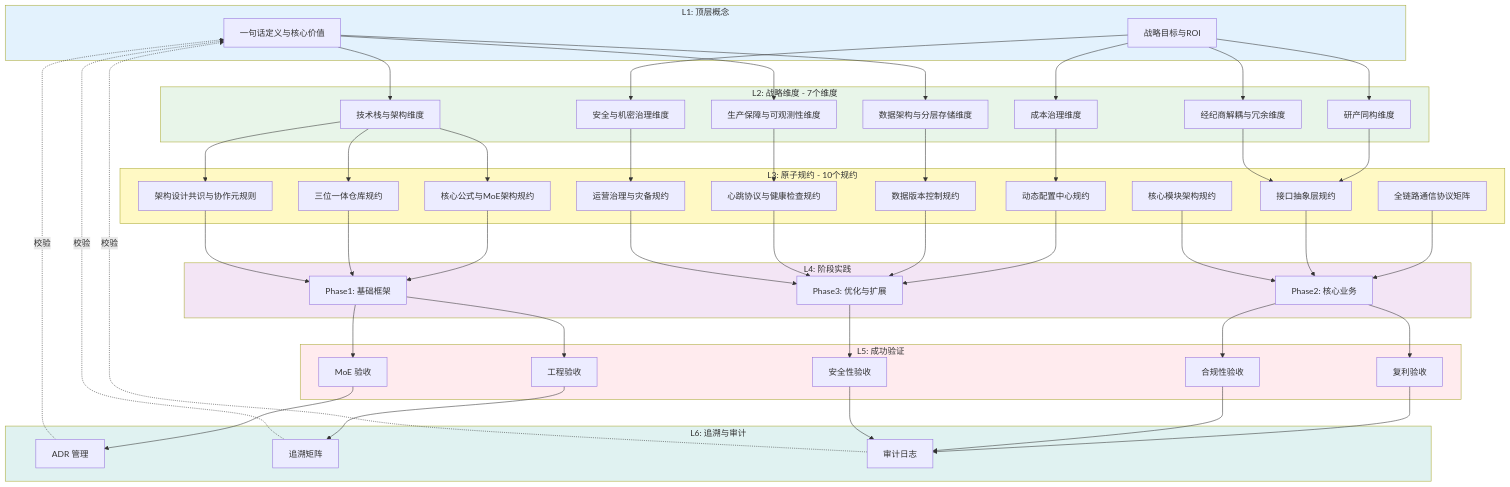
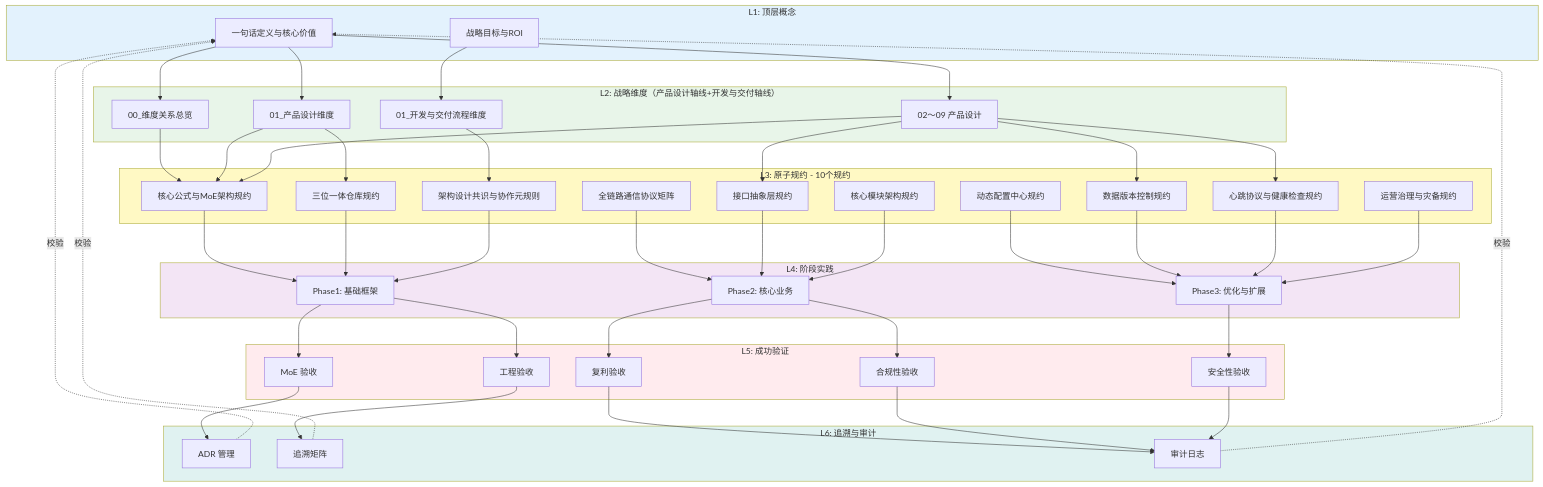
Before and after one commit to myxxhui/diting-doc: the first of 8 diagrams in 00_架构全景图.md, drawn with Mermaid. The commit also changed other lines of this file and 39 other files, not shown here.

```diff
--- a/00_架构全景图.md
+++ b/00_架构全景图.md
@@ -19,14 +19,11 @@
         L1B[战略目标与ROI]
     end
     
-    subgraph L2[L2: 战略维度 - 7个维度]
-        L2A[技术栈与架构维度]
-        L2B[数据架构与分层存储维度]
-        L2C[生产保障与可观测性维度]
-        L2D[安全与机密治理维度]
-        L2E[研产同构维度]
-        L2F[成本治理维度]
-        L2G[经纪商解耦与冗余维度]
+    subgraph L2[L2: 战略维度（产品设计轴线+开发与交付轴线）]
+        L2A[00_维度关系总览]
+        L2B[01_产品设计维度]
+        L2C[02～09 产品设计]
+        L2D[01_开发与交付流程维度]
     end
     
     subgraph L3[L3: 原子规约 - 10个规约]
@@ -66,19 +63,15 @@
     L1A --> L2B
     L1A --> L2C
     L1B --> L2D
-    L1B --> L2E
-    L1B --> L2F
-    L1B --> L2G
     
     L2A --> L3A
-    L2A --> L3B
-    L2A --> L3C
-    L2B --> L3G
+    L2B --> L3A
+    L2B --> L3B
+    L2C --> L3A
+    L2C --> L3G
     L2C --> L3H
-    L2D --> L3J
-    L2E --> L3E
-    L2F --> L3F
-    L2G --> L3E
+    L2C --> L3E
+    L2D --> L3C
     
     L3A --> L4A
     L3B --> L4A
```
